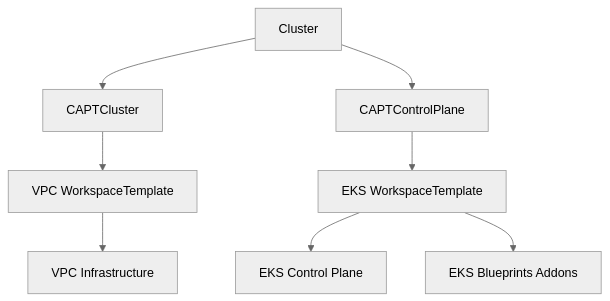
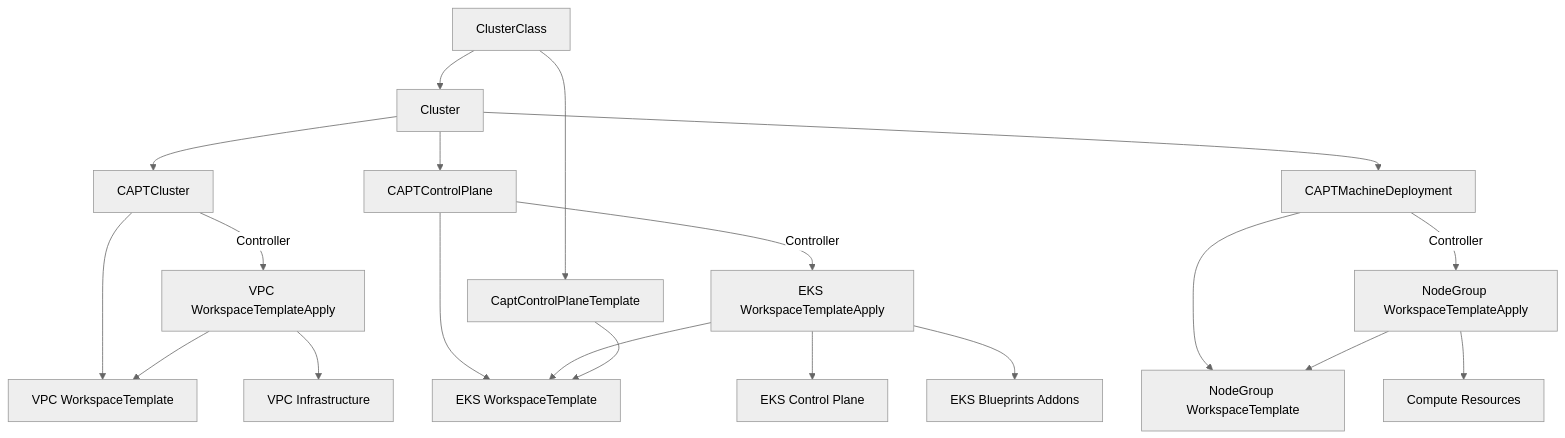
Before and after one commit to appthrust/capt: the diagram in README.md, drawn with Mermaid (neutral theme). The commit also changed other lines of this file and 2 other files, not shown here.

````diff
--- a/README.md
+++ b/README.md
@@ -24,10 +27,22 @@
 ```mermaid
 graph TD
     A[Cluster] --> B[CAPTCluster]
     A --> C[CAPTControlPlane]
-    B --> D[VPC WorkspaceTemplate]
-    C --> E[EKS WorkspaceTemplate]
-    D --> F[VPC Infrastructure]
-    E --> G[EKS Control Plane]
-    E --> H[EKS Blueprints Addons]
+    A --> D[CAPTMachineDeployment]
+    B --> E[VPC WorkspaceTemplate]
+    C --> F[EKS WorkspaceTemplate]
+    D --> G[NodeGroup WorkspaceTemplate]
+    B --> |Controller| H[VPC WorkspaceTemplateApply]
+    C --> |Controller| I[EKS WorkspaceTemplateApply]
+    D --> |Controller| J[NodeGroup WorkspaceTemplateApply]
+    H --> E
+    I --> F
+    J --> G
+    H --> K[VPC Infrastructure]
+    I --> L[EKS Control Plane]
+    I --> M[EKS Blueprints Addons]
+    J --> N[Compute Resources]
+    O[ClusterClass] --> A
+    O --> P[CaptControlPlaneTemplate]
+    P --> F
 ```
````
